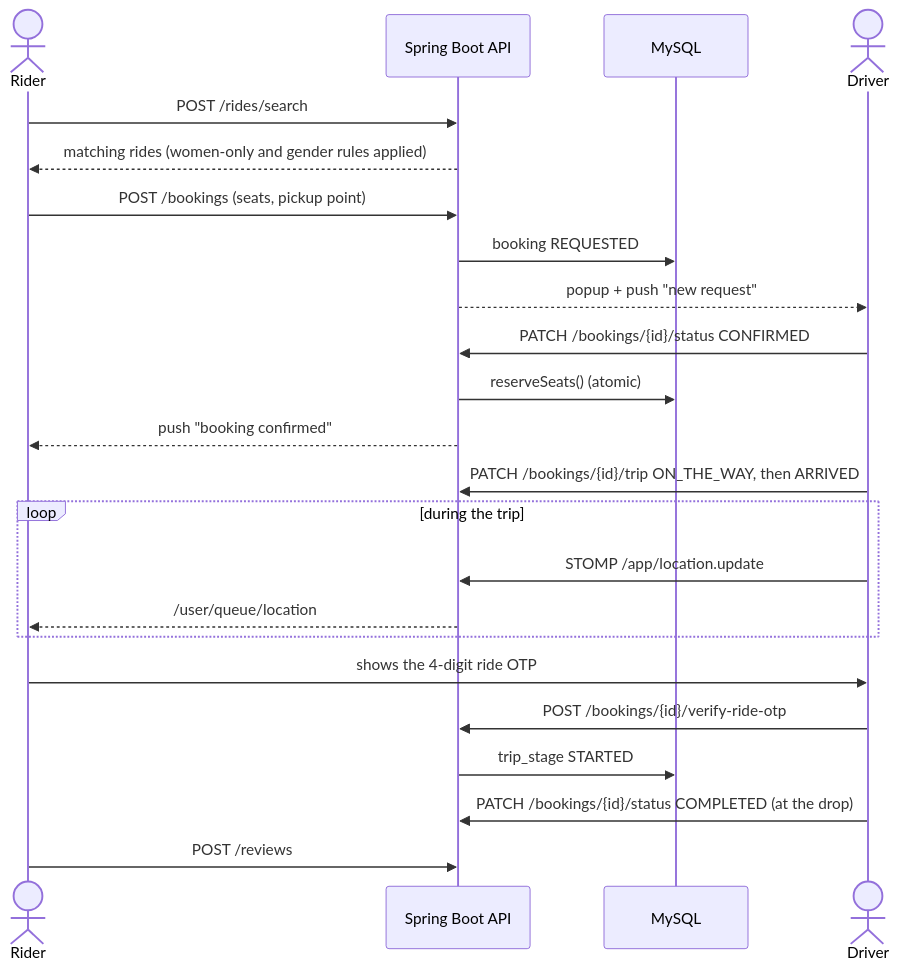
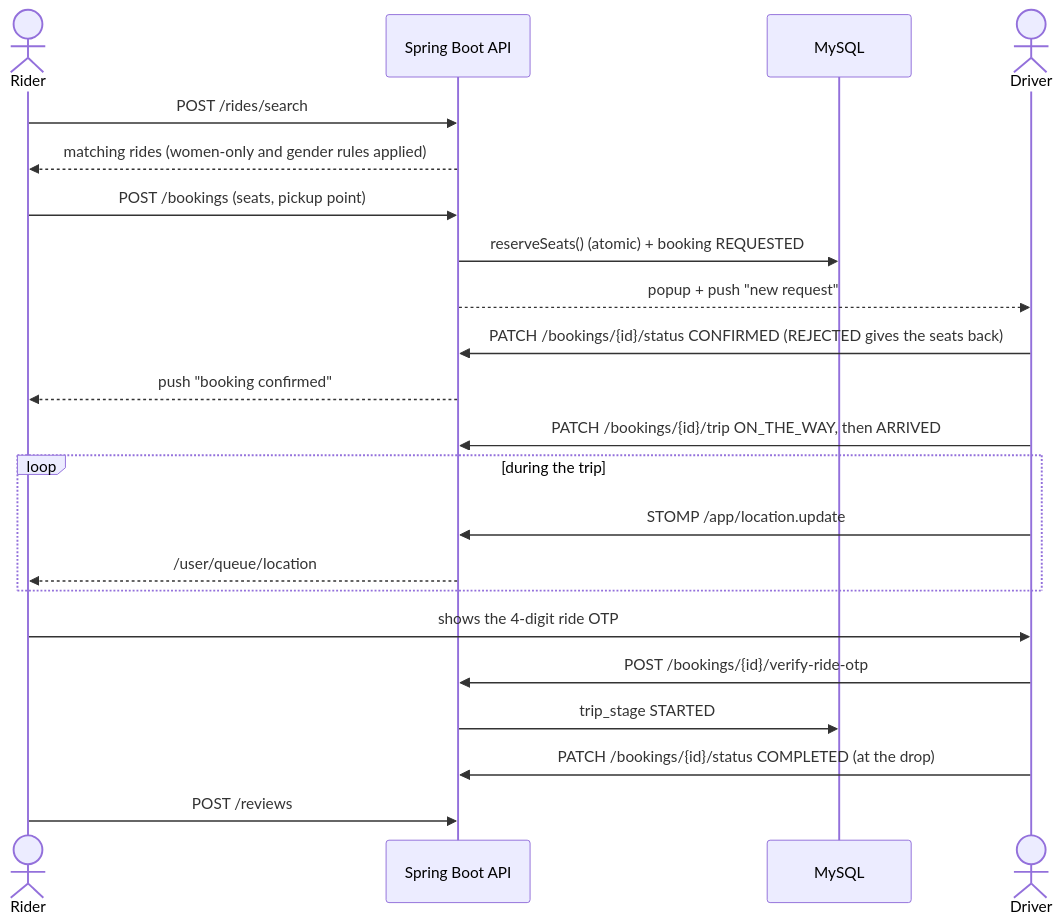
The second of 5 diagrams in docs/HLD-LLD.md (sahilshaikh450/AVIRO---Affordable-Verified-Intelligent-Ride-Organizer), drawn with Mermaid before and after one commit. The commit also changed other lines of this file and 13 other files, not shown here.

````diff
--- a/docs/HLD-LLD.md
+++ b/docs/HLD-LLD.md
@@ -84,25 +84,24 @@
 ```mermaid
 sequenceDiagram
     actor R as Rider
     participant API as Spring Boot API
     participant DB as MySQL
     actor D as Driver
     R->>API: POST /rides/search
     API-->>R: matching rides (women-only and gender rules applied)
     R->>API: POST /bookings (seats, pickup point)
-    API->>DB: booking REQUESTED
+    API->>DB: reserveSeats() (atomic) + booking REQUESTED
     API-->>D: popup + push "new request"
-    D->>API: PATCH /bookings/{id}/status CONFIRMED
-    API->>DB: reserveSeats() (atomic)
+    D->>API: PATCH /bookings/{id}/status CONFIRMED (REJECTED gives the seats back)
     API-->>R: push "booking confirmed"
     D->>API: PATCH /bookings/{id}/trip ON_THE_WAY, then ARRIVED
     loop during the trip
         D->>API: STOMP /app/location.update
         API-->>R: /user/queue/location
     end
     R->>D: shows the 4-digit ride OTP
     D->>API: POST /bookings/{id}/verify-ride-otp
     API->>DB: trip_stage STARTED
     D->>API: PATCH /bookings/{id}/status COMPLETED (at the drop)
     R->>API: POST /reviews
 ```
````
